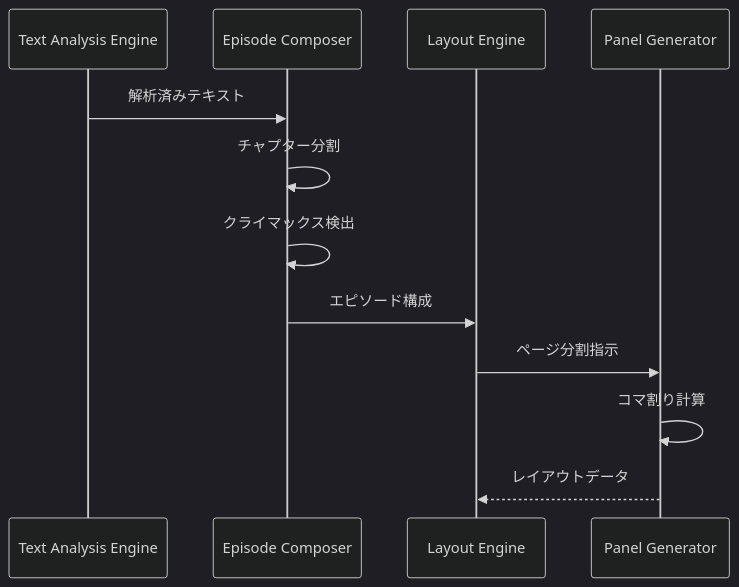
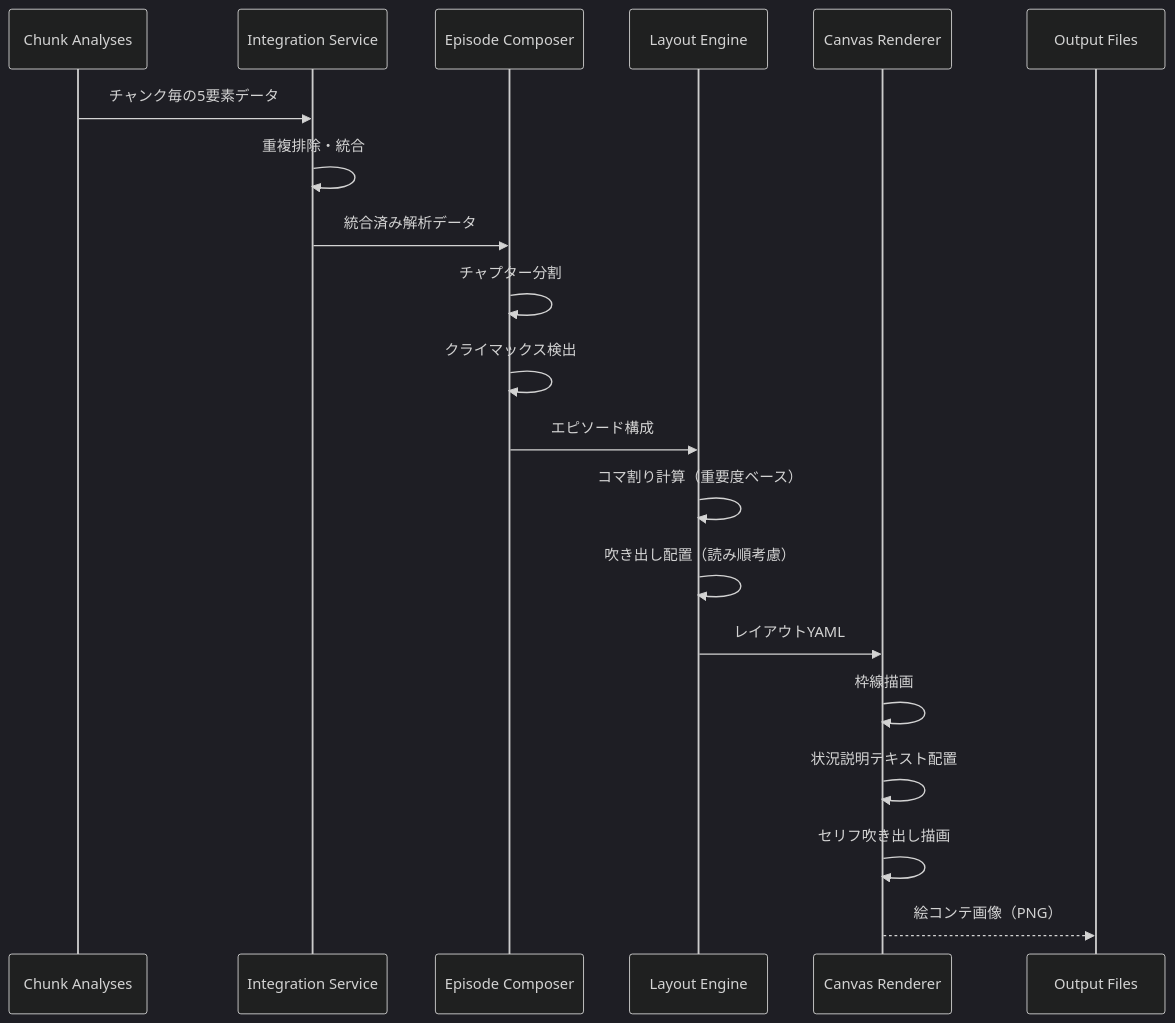
The third of 6 diagrams in .kiro/specs/novel-to-manga-converter/design.md (matsuvr/novel2manga-ts), drawn with Mermaid (dark theme) before and after one commit. The commit also changed other lines of this file and 36 other files, not shown here.

````diff
--- a/.kiro/specs/novel-to-manga-converter/design.md
+++ b/.kiro/specs/novel-to-manga-converter/design.md
@@ -118,15 +129,23 @@
 ```mermaid
 sequenceDiagram
-    participant TextEngine as Text Analysis Engine
+    participant Chunks as Chunk Analyses
+    participant Integration as Integration Service
     participant Episode as Episode Composer
     participant Layout as Layout Engine
-    participant Panel as Panel Generator
+    participant Canvas as Canvas Renderer
+    participant Output as Output Files
 
-    TextEngine->>Episode: 解析済みテキスト
+    Chunks->>Integration: チャンク毎の5要素データ
+    Integration->>Integration: 重複排除・統合
+    Integration->>Episode: 統合済み解析データ
     Episode->>Episode: チャプター分割
     Episode->>Episode: クライマックス検出
     Episode->>Layout: エピソード構成
-    Layout->>Panel: ページ分割指示
-    Panel->>Panel: コマ割り計算
-    Panel-->>Layout: レイアウトデータ
+    Layout->>Layout: コマ割り計算（重要度ベース）
+    Layout->>Layout: 吹き出し配置（読み順考慮）
+    Layout->>Canvas: レイアウトYAML
+    Canvas->>Canvas: 枠線描画
+    Canvas->>Canvas: 状況説明テキスト配置
+    Canvas->>Canvas: セリフ吹き出し描画
+    Canvas-->>Output: 絵コンテ画像（PNG）
 ```
````
